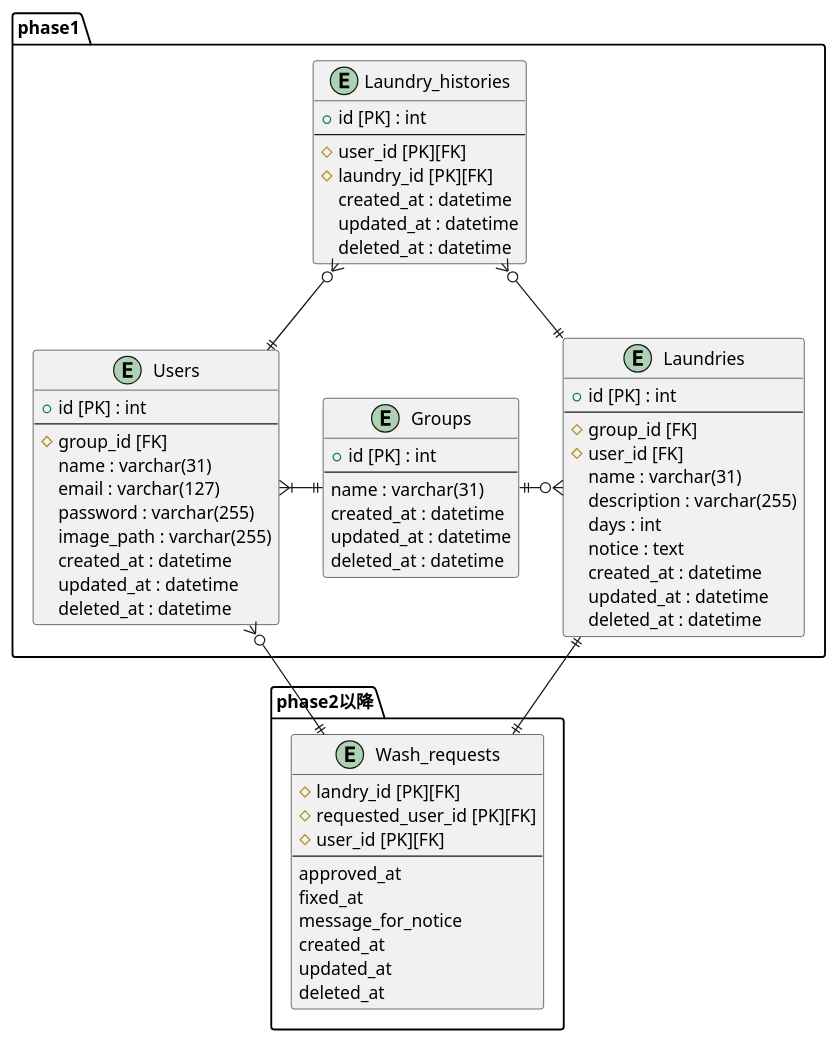
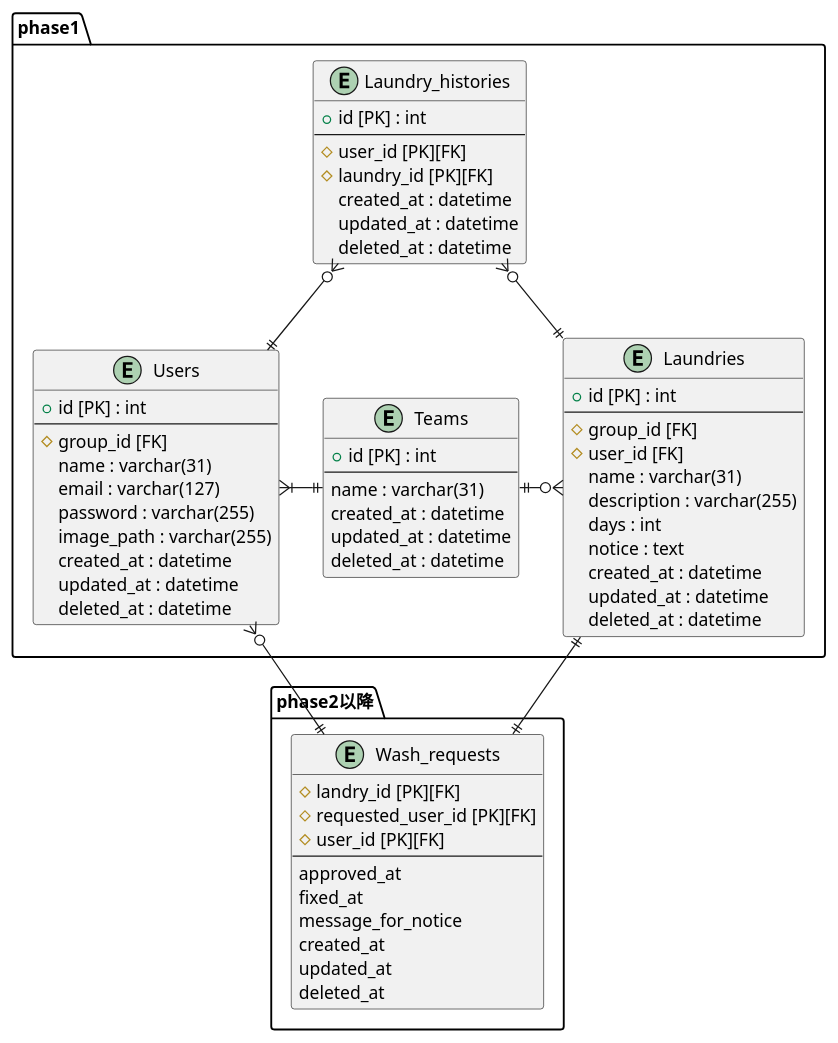
Before and after one commit to mixa393/mohumohu: the diagram in docs/ER図.puml, drawn with PlantUML.

Commit message:
Fix: GroupsをTeamsに変更

```diff
--- a/docs/ER図.puml
+++ b/docs/ER図.puml
@@ -1,77 +1,77 @@
 @startuml
 
 package phase1{
     entity Laundry_histories{
         + id [PK] : int
         --
         # user_id [PK][FK]
         # laundry_id [PK][FK]
         created_at : datetime
         updated_at : datetime
         deleted_at : datetime
     }
 
     entity Users{
     + id [PK] : int
     --
     # group_id [FK]
     name : varchar(31)
     email : varchar(127)
     password : varchar(255)
     image_path : varchar(255)
     created_at : datetime
     updated_at : datetime
     deleted_at : datetime
     }
 
-    entity Groups
+    entity Teams
     {
     + id [PK] : int
     --
     name : varchar(31)
     created_at : datetime
     updated_at : datetime
     deleted_at : datetime
     }
 
     entity Laundries{
     + id [PK] : int
     --
     # group_id [FK]
     # user_id [FK]
     name : varchar(31)
     description : varchar(255)
     days : int
     notice : text
     created_at : datetime
     updated_at : datetime
     deleted_at : datetime
     }
 }
 
 
 package  phase2以降{
     entity Wash_requests{
     # landry_id [PK][FK]
     # requested_user_id [PK][FK]
     # user_id [PK][FK]
     --
     approved_at
     fixed_at
     message_for_notice
     created_at
     updated_at
     deleted_at
     }
 }
 
 Laundry_histories }o--|| Users
 Laundry_histories }o-|| Laundries
-Users }|-|| Groups
-Groups ||-o{ Laundries
+Users }|-|| Teams
+Teams ||-o{ Laundries
 Laundries ||-|| Wash_requests
 Users }o--|| Wash_requests
 
 
 
 @enduml
```
